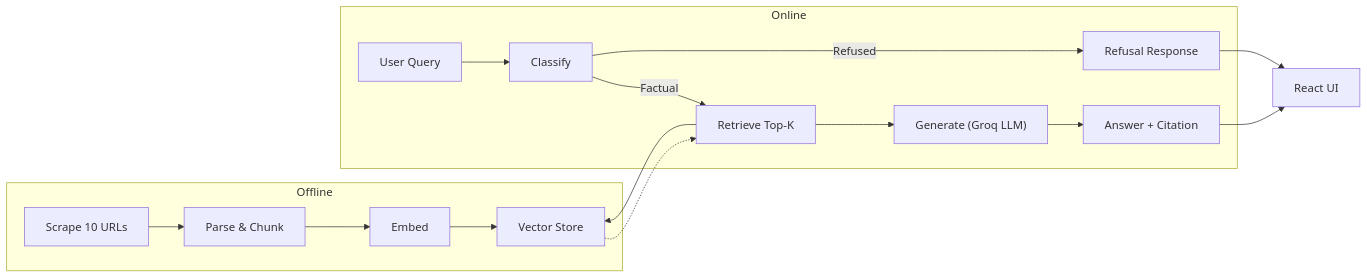
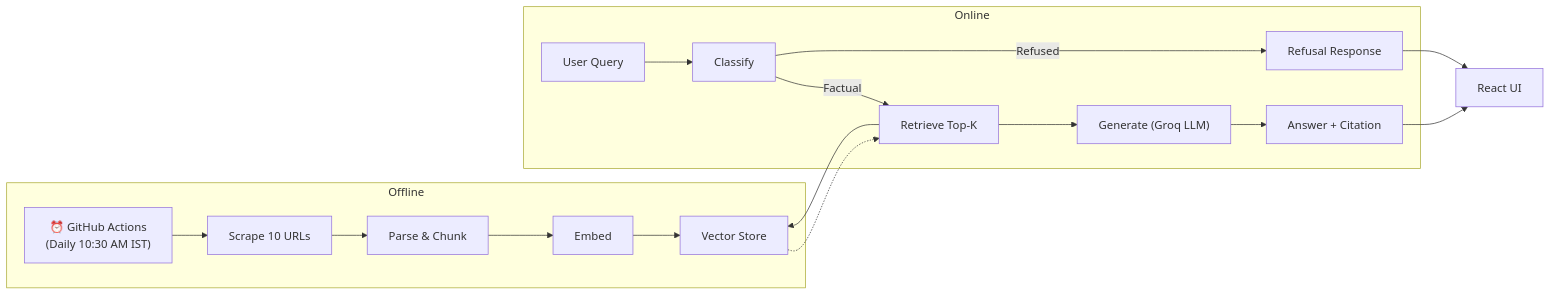
The seventh of 7 diagrams in docs/architecture.md (Pankaj-Shrivastava/zero-advice-fund-rag), drawn with Mermaid before and after one commit. The commit also changed other lines of this file and 5 other files, not shown here.

Commit message:
feat: implement automated daily ingestion pipeline via GitHub Actions and document system architecture

````diff
--- a/docs/architecture.md
+++ b/docs/architecture.md
@@ -397,21 +457,22 @@
 ```mermaid
 flowchart LR
     subgraph Offline
-        S["Scrape 10 URLs"] --> P["Parse & Chunk"]
+        CRON["⏰ GitHub Actions\n(Daily 10:30 AM IST)"] --> S["Scrape 10 URLs"]
+        S --> P["Parse & Chunk"]
         P --> E["Embed"]
         E --> V["Vector Store"]
     end
 
     subgraph Online
         Q["User Query"] --> CL["Classify"]
         CL -->|Factual| R["Retrieve Top-K"]
         R --> V
         V -.-> R
         R --> G["Generate (Groq LLM)"]
         G --> A["Answer + Citation"]
         CL -->|Refused| RF["Refusal Response"]
     end
 
     A --> UI["React UI"]
     RF --> UI
 ```
````
